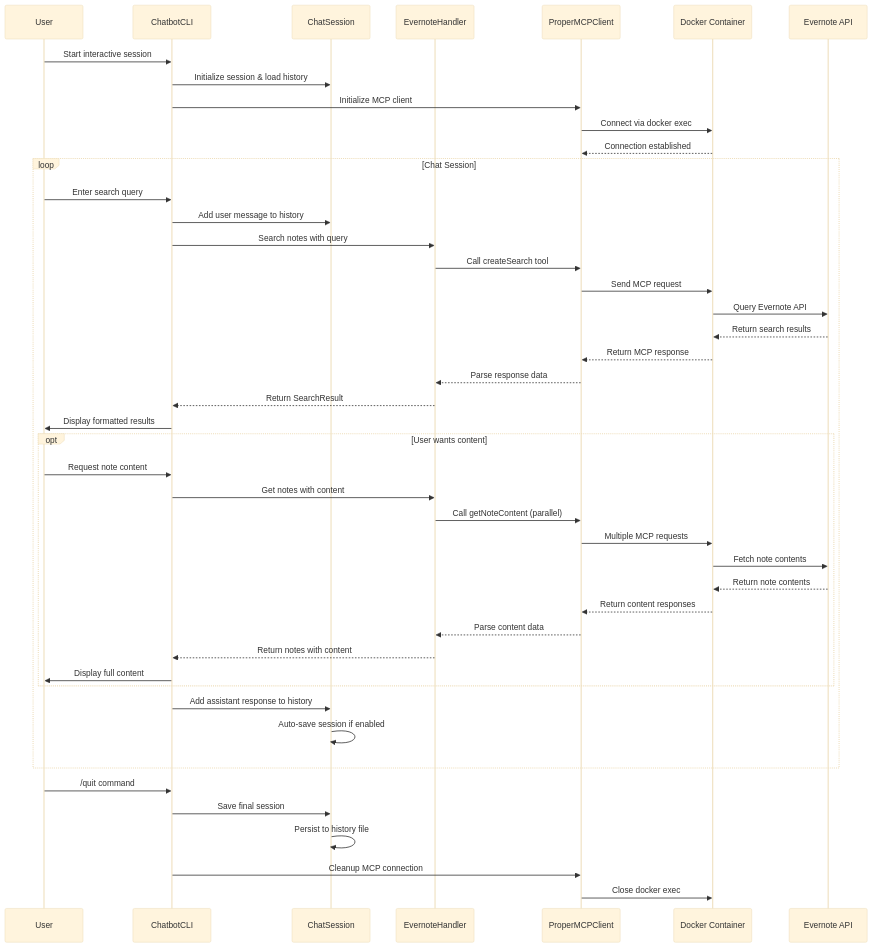
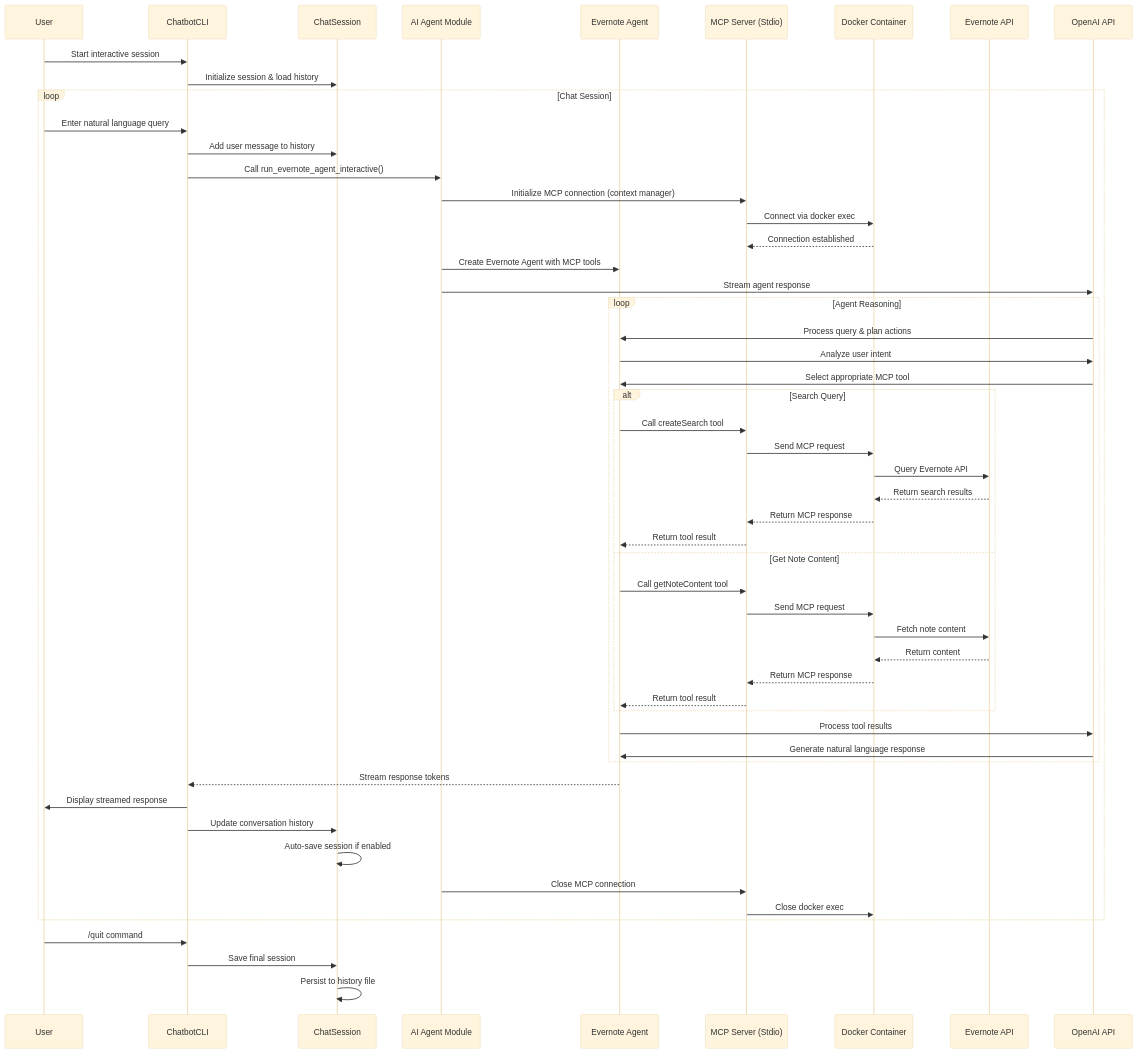
Before and after one commit to BittnerPierre/AI-Agent-Casebook: the second of 6 diagrams in experiments/mcp-evernote-cc/ARCHITECTURE.md, drawn with Mermaid (base theme). The commit also changed other lines of this file and 9 other files, not shown here.

First line of the commit message:
feat: Migrate Evernote chatbot to AI agent architecture with OpenAI Agents SDK

````diff
--- a/experiments/mcp-evernote-cc/ARCHITECTURE.md
+++ b/experiments/mcp-evernote-cc/ARCHITECTURE.md
@@ -58,52 +57,66 @@
 ```mermaid
 sequenceDiagram
     participant U as User
-    participant C as ChatbotCLI
+    participant CLI as ChatbotCLI
     participant S as ChatSession
-    participant H as EvernoteHandler
-    participant M as ProperMCPClient
+    participant A as AI Agent Module
+    participant Agent as Evernote Agent
+    participant MCP as MCP Server (Stdio)
     participant D as Docker Container
     participant E as Evernote API
+    participant O as OpenAI API
 
-    U->>C: Start interactive session
-    C->>S: Initialize session & load history
-    C->>M: Initialize MCP client
-    M->>D: Connect via docker exec
-    D-->>M: Connection established
+    U->>CLI: Start interactive session
+    CLI->>S: Initialize session & load history
 
     loop Chat Session
-        U->>C: Enter search query
-        C->>S: Add user message to history
-        C->>H: Search notes with query
-        H->>M: Call createSearch tool
-        M->>D: Send MCP request
-        D->>E: Query Evernote API
-        E-->>D: Return search results
-        D-->>M: Return MCP response
-        M-->>H: Parse response data
-        H-->>C: Return SearchResult
-        C->>U: Display formatted results
+        U->>CLI: Enter natural language query
+        CLI->>S: Add user message to history
 
-        opt User wants content
-            U->>C: Request note content
-            C->>H: Get notes with content
-            H->>M: Call getNoteContent (parallel)
-            M->>D: Multiple MCP requests
-            D->>E: Fetch note contents
-            E-->>D: Return note contents
-            D-->>M: Return content responses
-            M-->>H: Parse content data
-            H-->>C: Return notes with content
-            C->>U: Display full content
+        CLI->>A: Call run_evernote_agent_interactive()
+        A->>MCP: Initialize MCP connection (context manager)
+        MCP->>D: Connect via docker exec
+        D-->>MCP: Connection established
+
+        A->>Agent: Create Evernote Agent with MCP tools
+        A->>O: Stream agent response
+
+        loop Agent Reasoning
+            O->>Agent: Process query & plan actions
+            Agent->>O: Analyze user intent
+            O->>Agent: Select appropriate MCP tool
+
+            alt Search Query
+                Agent->>MCP: Call createSearch tool
+                MCP->>D: Send MCP request
+                D->>E: Query Evernote API
+                E-->>D: Return search results
+                D-->>MCP: Return MCP response
+                MCP-->>Agent: Return tool result
+            else Get Note Content
+                Agent->>MCP: Call getNoteContent tool
+                MCP->>D: Send MCP request
+                D->>E: Fetch note content
+                E-->>D: Return content
+                D-->>MCP: Return MCP response
+                MCP-->>Agent: Return tool result
+            end
+
+            Agent->>O: Process tool results
+            O->>Agent: Generate natural language response
         end
 
-        C->>S: Add assistant response to history
+        Agent-->>CLI: Stream response tokens
+        CLI->>U: Display streamed response
+
+        CLI->>S: Update conversation history
         S->>S: Auto-save session if enabled
+
+        A->>MCP: Close MCP connection
+        MCP->>D: Close docker exec
     end
 
-    U->>C: /quit command
-    C->>S: Save final session
+    U->>CLI: /quit command
+    CLI->>S: Save final session
     S->>S: Persist to history file
-    C->>M: Cleanup MCP connection
-    M->>D: Close docker exec
 ```
````
